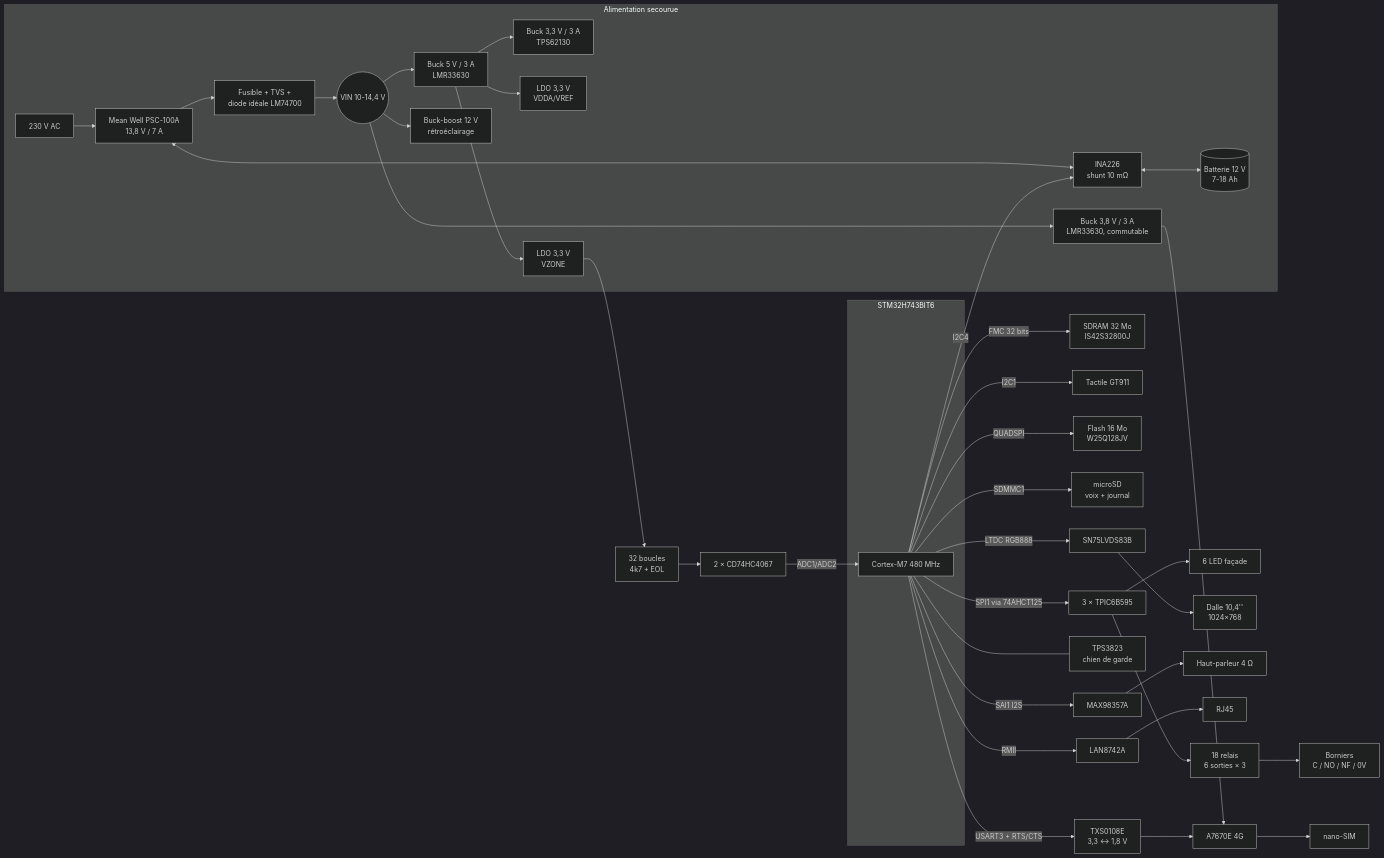
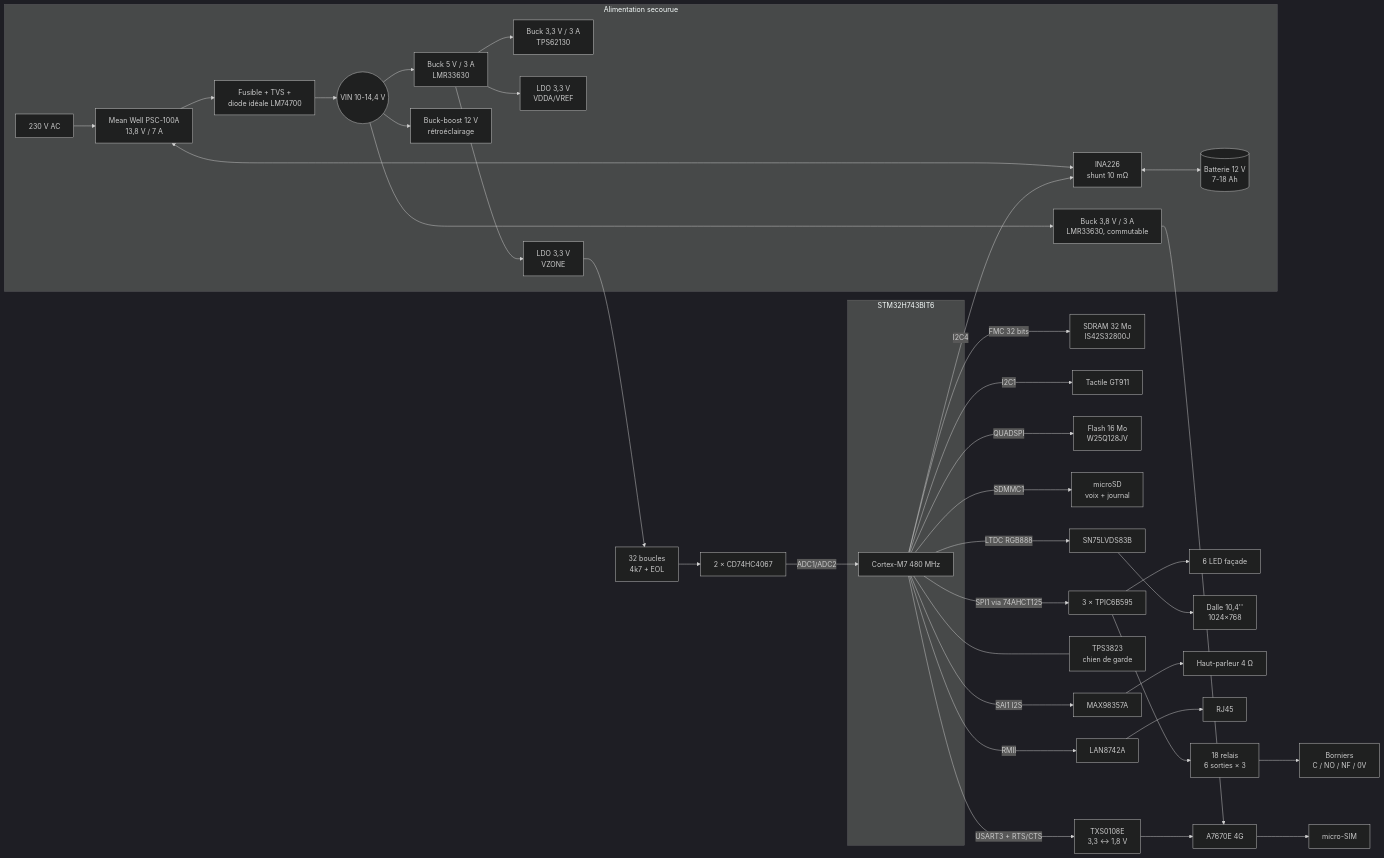
One commit to PhilKers/AlarmFilaire32Inputs6Outputs changed the diagram in docs/01-architecture.md. Above: the diagram before and after it, drawn with Mermaid (dark theme). The commit also changed other lines of this file and 102 other files, not shown here.

````diff
--- a/docs/01-architecture.md
+++ b/docs/01-architecture.md
@@ -18,34 +18,34 @@
 ```mermaid
 flowchart LR
     subgraph ALIM["Alimentation secourue"]
         SECT[230 V AC] --> PSC[Mean Well PSC-100A<br/>13,8 V / 7 A]
         PSC <--> INA[INA226<br/>shunt 10 mΩ] <--> BAT[(Batterie 12 V<br/>7-18 Ah)]
         PSC --> PROT[Fusible + TVS +<br/>diode idéale LM74700]
         PROT --> VIN((VIN 10-14,4 V))
         VIN --> B5[Buck 5 V / 3 A<br/>LMR33630]
         VIN --> B38[Buck 3,8 V / 3 A<br/>LMR33630, commutable]
         VIN --> BB12[Buck-boost 12 V<br/>rétroéclairage]
         B5 --> B33[Buck 3,3 V / 3 A<br/>TPS62130]
         B5 --> LDO1[LDO 3,3 V<br/>VDDA/VREF]
         B5 --> LDO2[LDO 3,3 V<br/>VZONE]
     end
 
     subgraph MCU["STM32H743BIT6"]
         CORE[Cortex-M7 480 MHz]
     end
 
     LDO2 --> ZIN[32 boucles<br/>4k7 + EOL] --> MUX[2 × CD74HC4067] -->|ADC1/ADC2| CORE
     CORE -->|SPI1 via 74AHCT125| TPIC[3 × TPIC6B595] --> RLY[18 relais<br/>6 sorties × 3] --> BORN[Borniers<br/>C / NO / NF / 0V]
     TPIC --> LED[6 LED façade]
     CORE -->|FMC 32 bits| SDRAM[SDRAM 32 Mo<br/>IS42S32800J]
     CORE -->|LTDC RGB888| LVDS[SN75LVDS83B] --> LCD[Dalle 10,4''<br/>1024×768]
     CORE -->|I2C1| TOUCH[Tactile GT911]
     CORE -->|QUADSPI| QSPI[Flash 16 Mo<br/>W25Q128JV]
     CORE -->|SDMMC1| SD[microSD<br/>voix + journal]
     CORE -->|SAI1 I2S| AMP[MAX98357A] --> HP[Haut-parleur 4 Ω]
     CORE -->|RMII| PHY[LAN8742A] --> RJ45[RJ45]
-    CORE -->|USART3 + RTS/CTS| LS[TXS0108E<br/>3,3 ↔ 1,8 V] --> GSM[A7670E 4G] --> SIM[nano-SIM]
+    CORE -->|USART3 + RTS/CTS| LS[TXS0108E<br/>3,3 ↔ 1,8 V] --> GSM[A7670E 4G] --> SIM[micro-SIM]
     B38 --> GSM
     CORE -->|I2C4| INA
     CORE --- WDG[TPS3823<br/>chien de garde]
 ```
````
